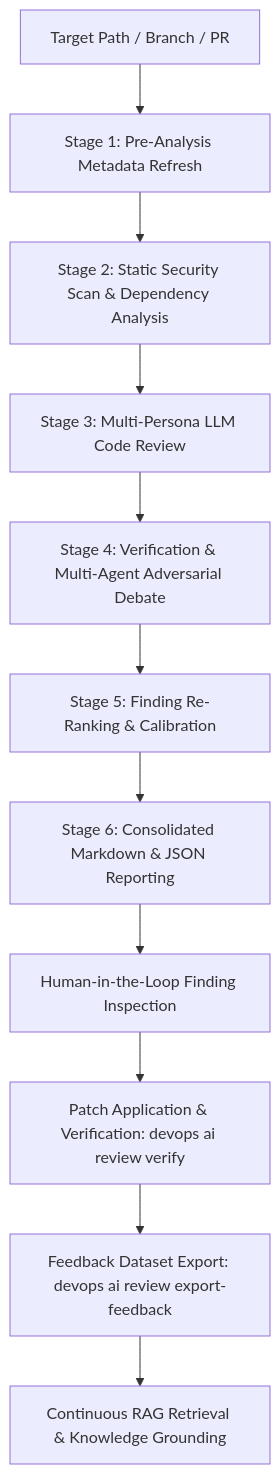
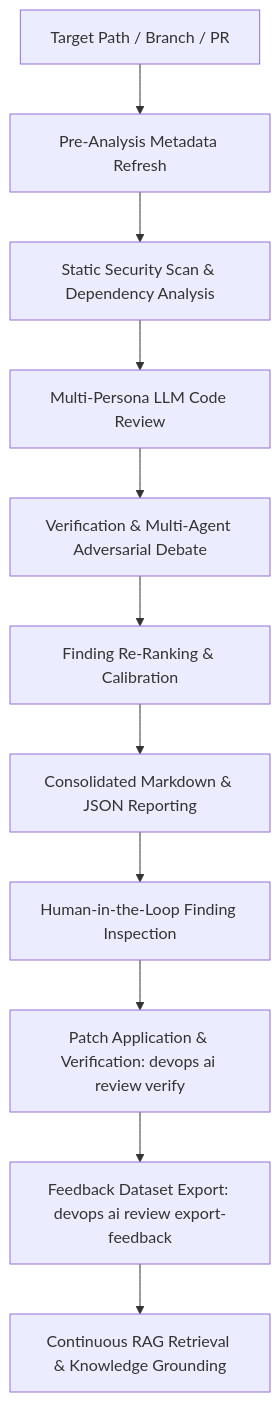
Before and after one commit to dan-petty/devops-cli: the diagram in src/devops_cli/ai/knowledge_base/devops_cli/tasks/ai_code_review.md, drawn with Mermaid. The commit also changed 83 other files, not shown here.

````diff
--- a/src/devops_cli/ai/knowledge_base/devops_cli/tasks/ai_code_review.md
+++ b/src/devops_cli/ai/knowledge_base/devops_cli/tasks/ai_code_review.md
@@ -11,13 +11,13 @@
 ```mermaid
 graph TD
-    A[Target Path / Branch / PR] --> S1[Stage 1: Pre-Analysis Metadata Refresh]
-    S1 --> S2[Stage 2: Static Security Scan & Dependency Analysis]
-    S2 --> S3[Stage 3: Multi-Persona LLM Code Review]
-    S3 --> S4[Stage 4: Verification & Multi-Agent Adversarial Debate]
-    S4 --> S5[Stage 5: Finding Re-Ranking & Calibration]
-    S5 --> S6[Stage 6: Consolidated Markdown & JSON Reporting]
+    A[Target Path / Branch / PR] --> S1[Pre-Analysis Metadata Refresh]
+    S1 --> S2[Static Security Scan & Dependency Analysis]
+    S2 --> S3[Multi-Persona LLM Code Review]
+    S3 --> S4[Verification & Multi-Agent Adversarial Debate]
+    S4 --> S5[Finding Re-Ranking & Calibration]
+    S5 --> S6[Consolidated Markdown & JSON Reporting]
     S6 --> F1[Human-in-the-Loop Finding Inspection]
     F1 --> F2[Patch Application & Verification: devops ai review verify]
     F2 --> F3[Feedback Dataset Export: devops ai review export-feedback]
     F3 --> F4[Continuous RAG Retrieval & Knowledge Grounding]
 ```
````
